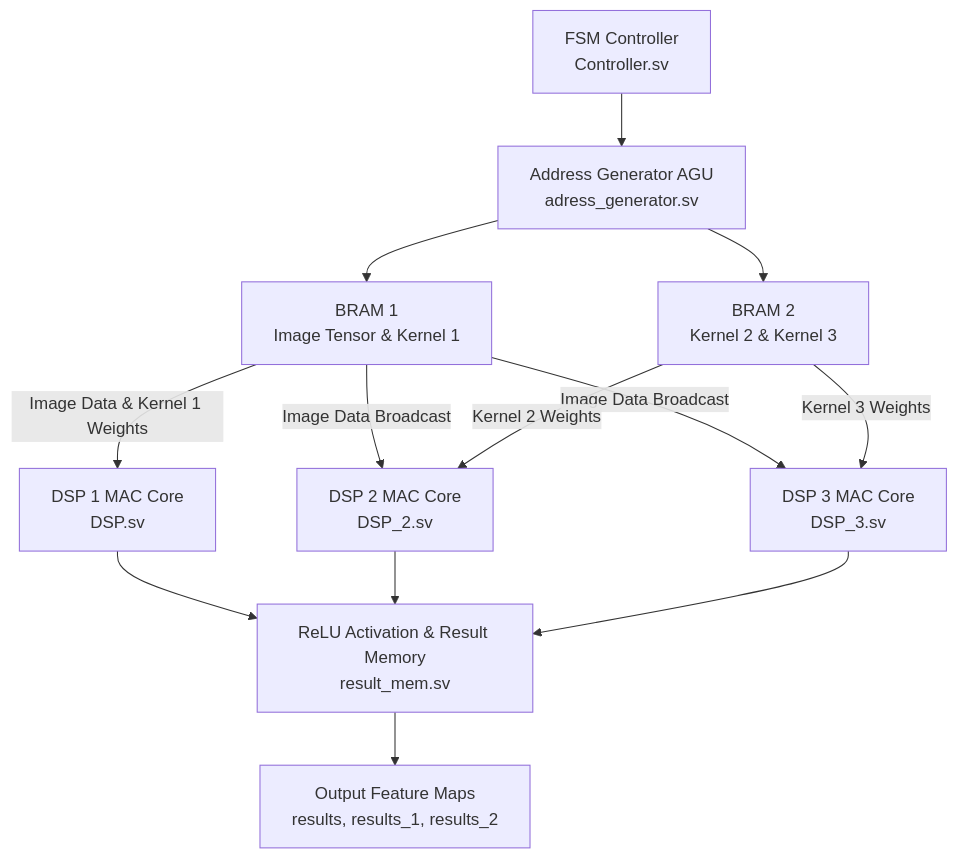
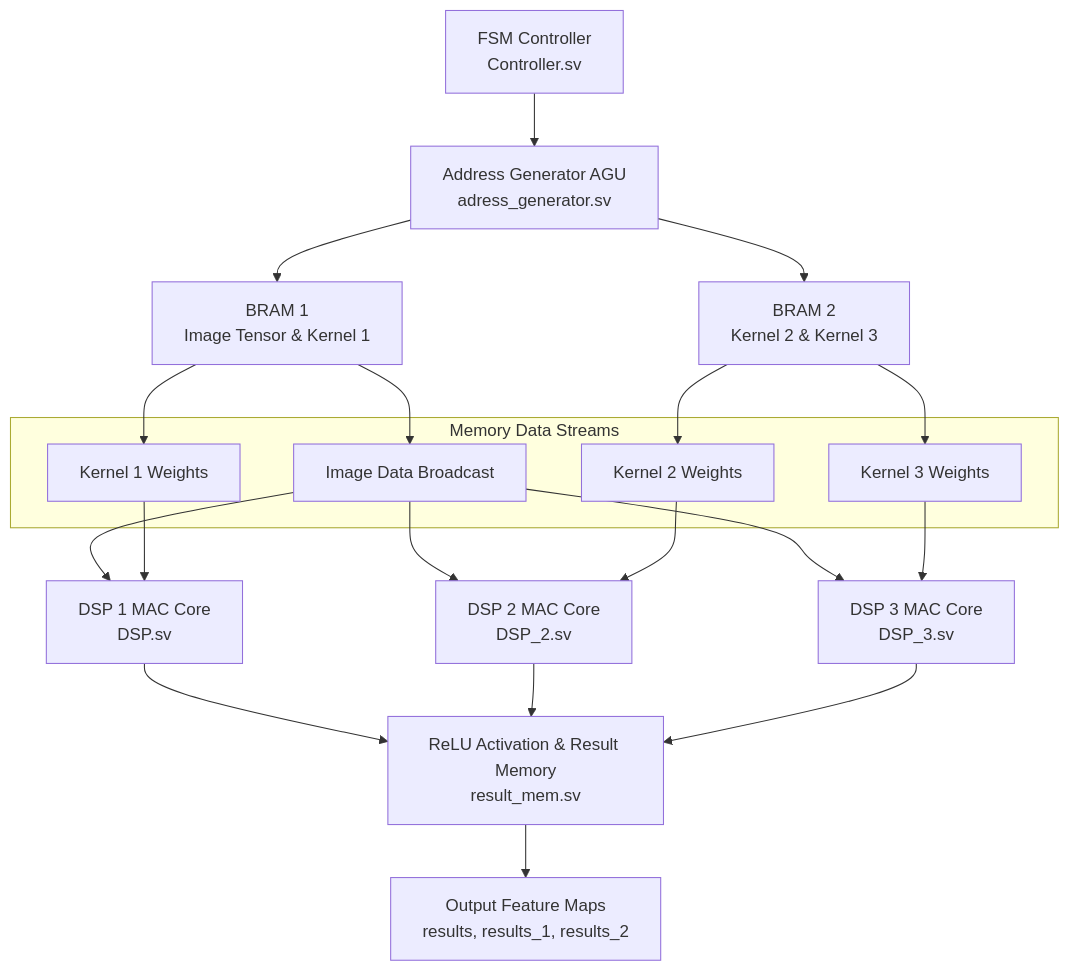
One commit to usman-irshad1/CNN-accelerator changed the diagram in README.md. Above: the diagram before and after it, drawn with Mermaid.

Commit message:
Replace overlapping edge labels with explicit data stream nodes in README datapath diagram

````diff
--- a/README.md
+++ b/README.md
@@ -27,19 +27,32 @@
 ```mermaid
 flowchart TD
     FSM[FSM Controller<br/>Controller.sv] --> AGU[Address Generator AGU<br/>adress_generator.sv]
     AGU --> BRAM1[BRAM 1<br/>Image Tensor & Kernel 1]
     AGU --> BRAM2[BRAM 2<br/>Kernel 2 & Kernel 3]
 
-    BRAM1 -->|Image Data & Kernel 1 Weights| DSP1[DSP 1 MAC Core<br/>DSP.sv]
-    BRAM1 -->|Image Data Broadcast| DSP2[DSP 2 MAC Core<br/>DSP_2.sv]
-    BRAM1 -->|  Image Data Broadcast| DSP3[DSP 3 MAC Core<br/>DSP_3.sv]
+    subgraph Data_Streams [Memory Data Streams]
+        IMG[Image Data Broadcast]
+        K1[Kernel 1 Weights]
+        K2[Kernel 2 Weights]
+        K3[Kernel 3 Weights]
+    end
 
-    BRAM2 -->|Kernel 2 Weights| DSP2
-    BRAM2 -->|Kernel 3 Weights| DSP3
+    BRAM1 --> IMG
+    BRAM1 --> K1
+    BRAM2 --> K2
+    BRAM2 --> K3
+
+    IMG --> DSP1[DSP 1 MAC Core<br/>DSP.sv]
+    IMG --> DSP2[DSP 2 MAC Core<br/>DSP_2.sv]
+    IMG --> DSP3[DSP 3 MAC Core<br/>DSP_3.sv]
+
+    K1 --> DSP1
+    K2 --> DSP2
+    K3 --> DSP3
 
     DSP1 --> RESULT[ReLU Activation & Result Memory<br/>result_mem.sv]
     DSP2 --> RESULT
     DSP3 --> RESULT
 
     RESULT --> OUT[Output Feature Maps<br/>results, results_1, results_2]
 ```
````
